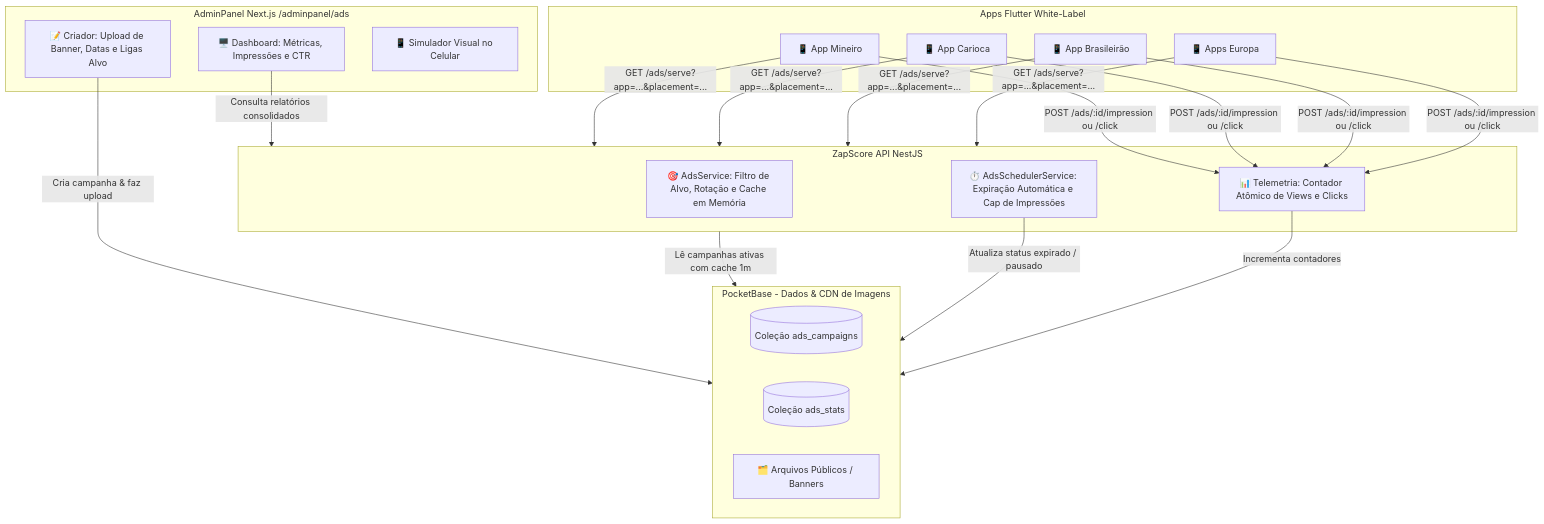
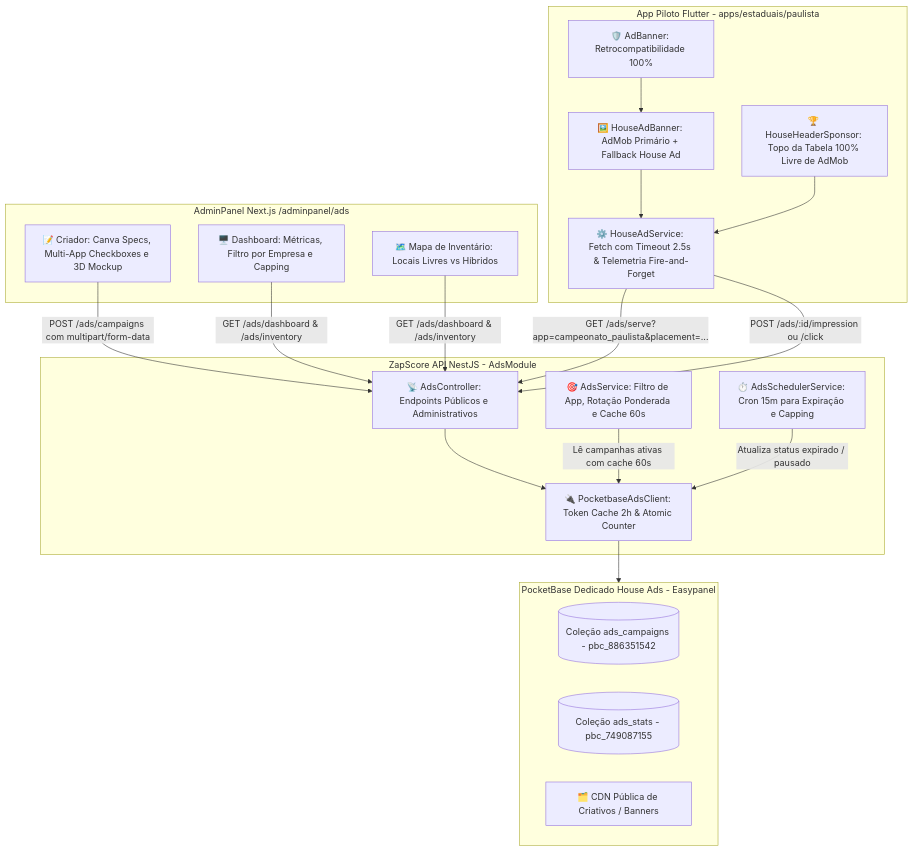
One commit to MarcilioLeiteSilva/zapscore changed the ninth of 16 diagrams in relatorios/ECOSYSTEM.md. Above: the diagram before and after it, drawn with Mermaid. The commit also changed other lines of this file and 15 other files, not shown here.

Commit message:
feat(ads): implantacao da rede propria de anuncios (house ads) e patrocinio direto

````diff
--- a/relatorios/ECOSYSTEM.md
+++ b/relatorios/ECOSYSTEM.md
@@ -2581,35 +2586,39 @@
 ```mermaid
 flowchart TD
     subgraph ADMIN [AdminPanel Next.js /adminpanel/ads]
-        DASH[🖥️ Dashboard: Métricas, Impressões e CTR]
-        FORM[📝 Criador: Upload de Banner, Datas e Ligas Alvo]
-        MOCK[📱 Simulador Visual no Celular]
+        DASH[🖥️ Dashboard: Métricas, Filtro por Empresa e Capping]
+        INV[🗺️ Mapa de Inventário: Locais Livres vs Híbridos]
+        FORM[📝 Criador: Canva Specs, Multi-App Checkboxes e 3D Mockup]
     end
 
-    subgraph PB [PocketBase - Dados & CDN de Imagens]
-        ADS[(Coleção ads_campaigns)]
-        STATS[(Coleção ads_stats)]
-        STORAGE[🗂️ Arquivos Públicos / Banners]
+    subgraph PB [PocketBase Dedicado House Ads - Easypanel]
+        ADS[(Coleção ads_campaigns - pbc_886351542)]
+        STATS[(Coleção ads_stats - pbc_749087155)]
+        STORAGE[🗂️ CDN Pública de Criativos / Banners]
     end
 
-    subgraph API [ZapScore API NestJS]
-        ROUTER[🎯 AdsService: Filtro de Alvo, Rotação e Cache em Memória]
-        CRON[⏱️ AdsSchedulerService: Expiração Automática e Cap de Impressões]
-        TRACK[📊 Telemetria: Contador Atômico de Views e Clicks]
+    subgraph API [ZapScore API NestJS - AdsModule]
+        CLIENT[🔌 PocketbaseAdsClient: Token Cache 2h & Atomic Counter]
+        ROUTER[🎯 AdsService: Filtro de App, Rotação Ponderada e Cache 60s]
+        CRON[⏱️ AdsSchedulerService: Cron 15m para Expiração e Capping]
+        CTRL[📡 AdsController: Endpoints Públicos e Administrativos]
     end
 
-    subgraph MOBILE [Apps Flutter White-Label]
-        MIN[📱 App Mineiro]
-        CAR[📱 App Carioca]
-        BRA[📱 App Brasileirão]
-        EUR[📱 Apps Europa]
+    subgraph PILOT [App Piloto Flutter - apps/estaduais/paulista]
+        SVC[⚙️ HouseAdService: Fetch com Timeout 2.5s & Telemetria Fire-and-Forget]
+        HYBRID[🖼️ HouseAdBanner: AdMob Primário + Fallback House Ad]
+        SPONSOR[🏆 HouseHeaderSponsor: Topo da Tabela 100% Livre de AdMob]
+        LEGACY[🛡️ AdBanner: Retrocompatibilidade 100%]
     end
 
-    FORM -->|Cria campanha & faz upload| PB
-    DASH -->|Consulta relatórios consolidados| API
-    API -->|Lê campanhas ativas com cache 1m| PB
-    CRON -->|Atualiza status expirado / pausado| PB
-    MIN & CAR & BRA & EUR -->|GET /ads/serve?app=...&placement=...| API
-    MIN & CAR & BRA & EUR -->|POST /ads/:id/impression ou /click| TRACK
-    TRACK -->|Incrementa contadores| PB
+    FORM -->|POST /ads/campaigns com multipart/form-data| CTRL
+    DASH & INV -->|GET /ads/dashboard & /ads/inventory| CTRL
+    CTRL --> CLIENT
+    CLIENT --> PB
+    ROUTER -->|Lê campanhas ativas com cache 60s| CLIENT
+    CRON -->|Atualiza status expirado / pausado| CLIENT
+    SVC -->|GET /ads/serve?app=campeonato_paulista&placement=...| CTRL
+    SVC -->|POST /ads/:id/impression ou /click| CTRL
+    HYBRID & SPONSOR --> SVC
+    LEGACY --> HYBRID
 ```
````
